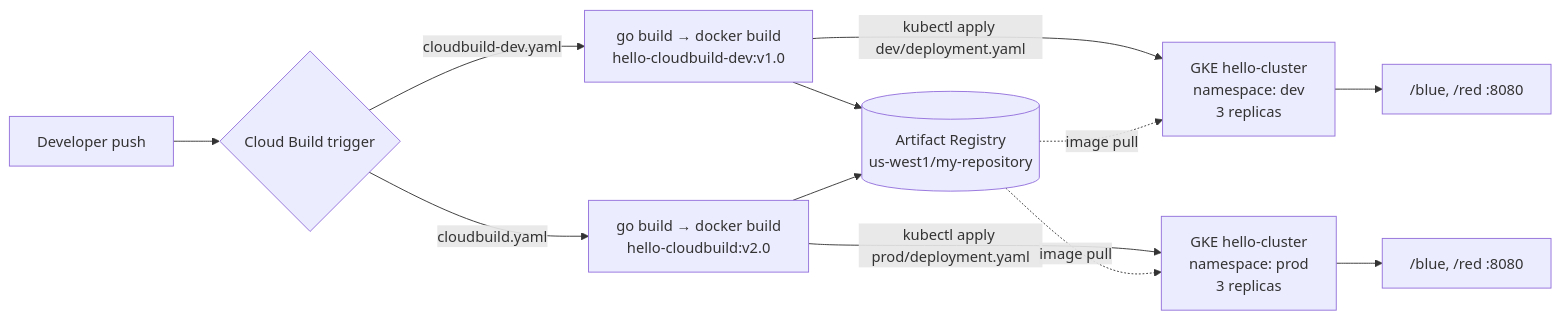
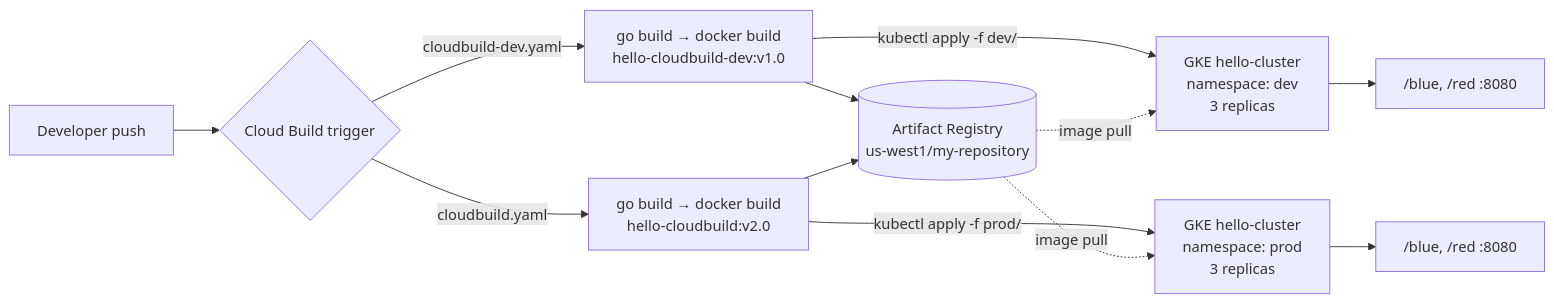
The diagram in README.md (Gonugunta-Venkata-Jayanth/sample-app), drawn with Mermaid before and after one commit. The commit also changed other lines of this file, not shown here.

````diff
--- a/README.md
+++ b/README.md
@@ -35,14 +35,14 @@
 ```mermaid
 flowchart LR
     Dev[Developer push] --> CB{Cloud Build trigger}
     CB -->|cloudbuild-dev.yaml| B1[go build → docker build<br/>hello-cloudbuild-dev:v1.0]
     CB -->|cloudbuild.yaml| B2[go build → docker build<br/>hello-cloudbuild:v2.0]
     B1 --> AR[(Artifact Registry<br/>us-west1/my-repository)]
     B2 --> AR
-    B1 -->|kubectl apply dev/deployment.yaml| NSD[GKE hello-cluster<br/>namespace: dev<br/>3 replicas]
-    B2 -->|kubectl apply prod/deployment.yaml| NSP[GKE hello-cluster<br/>namespace: prod<br/>3 replicas]
+    B1 -->|kubectl apply -f dev/| NSD[GKE hello-cluster<br/>namespace: dev<br/>3 replicas]
+    B2 -->|kubectl apply -f prod/| NSP[GKE hello-cluster<br/>namespace: prod<br/>3 replicas]
     AR -. image pull .-> NSD
     AR -. image pull .-> NSP
     NSD --> S1["/blue, /red :8080"]
     NSP --> S2["/blue, /red :8080"]
 ```
````
